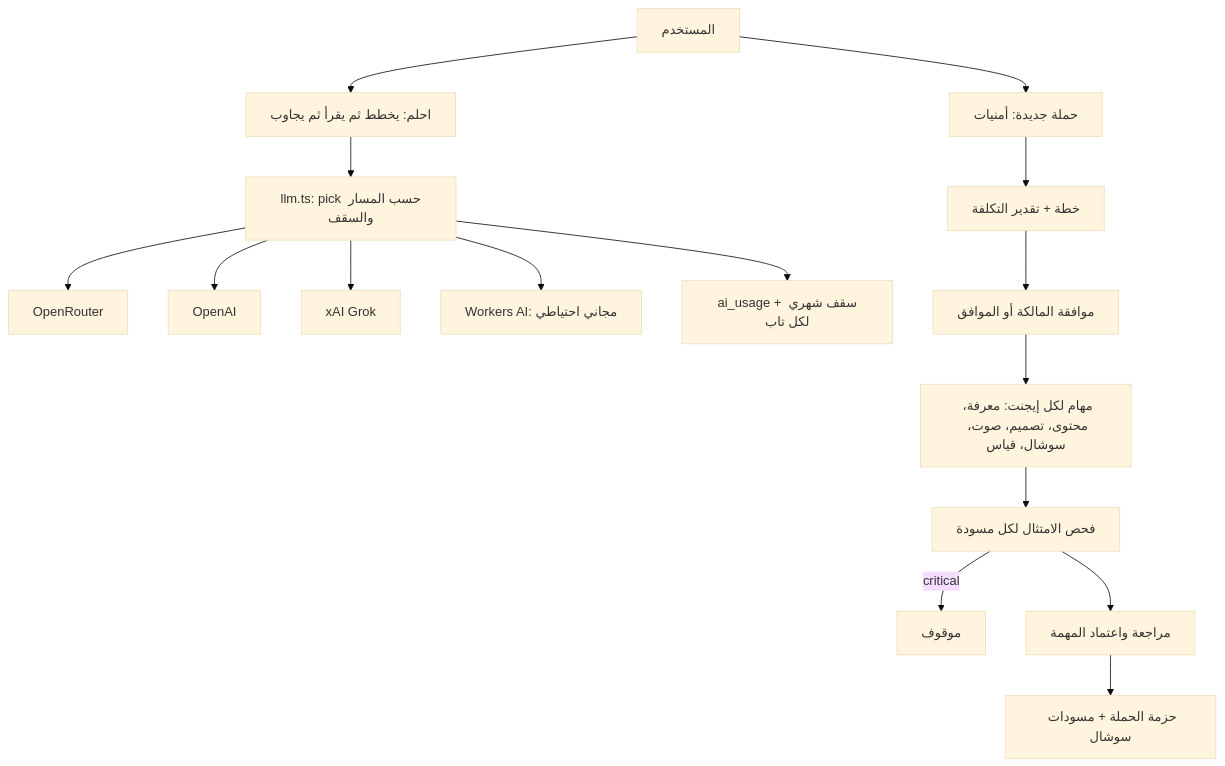
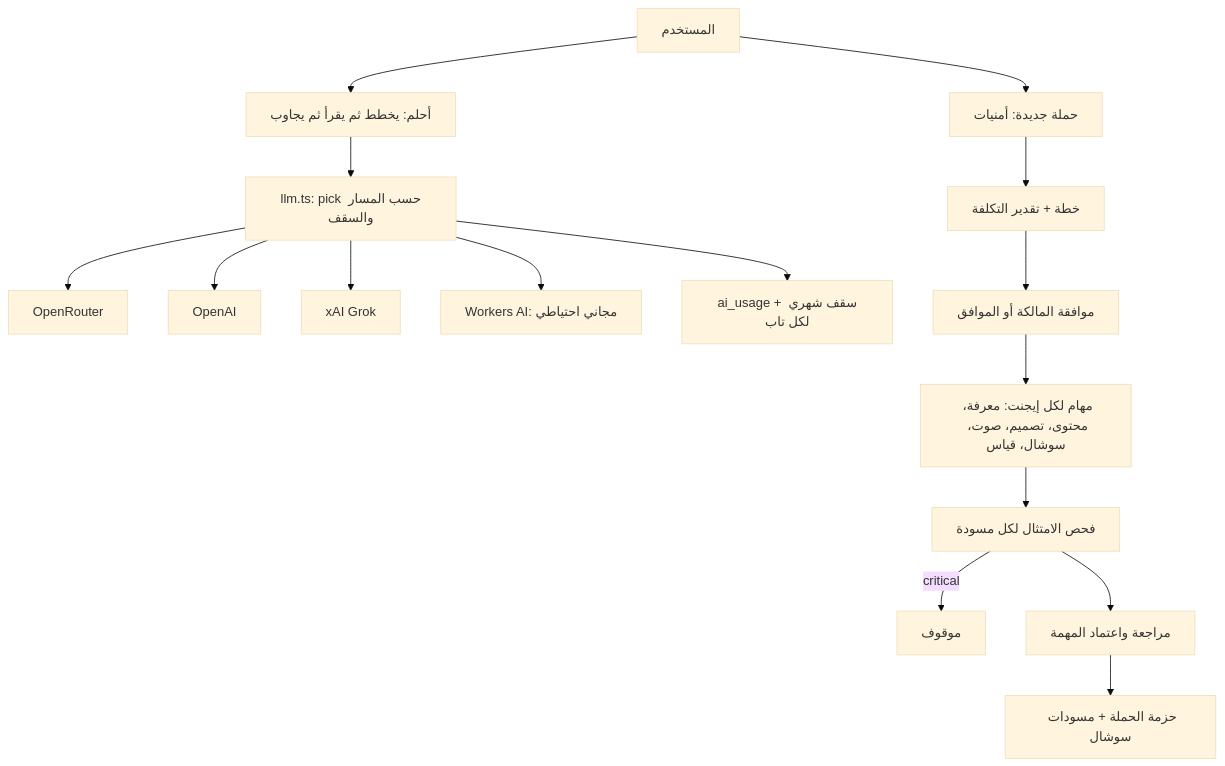
The fourth of 8 diagrams in docs/system-workflow-review.md (leen-saz/well-ads), drawn with Mermaid (base theme) before and after one commit. The commit also changed other lines of this file and 34 other files, not shown here.

````diff
--- a/docs/system-workflow-review.md
+++ b/docs/system-workflow-review.md
@@ -109,18 +109,18 @@
 ```mermaid
 flowchart TD
-  U[المستخدم] --> AH[احلم: يخطط ثم يقرأ ثم يجاوب]
+  U[المستخدم] --> AH[أحلم: يخطط ثم يقرأ ثم يجاوب]
   AH --> LL[llm.ts: pick حسب المسار والسقف]
   LL --> OR[OpenRouter]
   LL --> OA[OpenAI]
   LL --> XA[xAI Grok]
   LL --> WA[Workers AI: مجاني احتياطي]
   U --> CP[حملة جديدة: أمنيات]
   CP --> PL[خطة + تقدير التكلفة]
   PL --> AP[موافقة المالكة أو الموافق]
   AP --> TS[مهام لكل إيجنت: معرفة، محتوى، تصميم، صوت، سوشال، قياس]
   TS --> CM[فحص الامتثال لكل مسودة]
   CM -->|critical| BL[موقوف]
   CM --> RV[مراجعة واعتماد المهمة]
   RV --> PK[حزمة الحملة + مسودات سوشال]
   LL --> US[ai_usage + سقف شهري لكل تاب]
 ```
````
